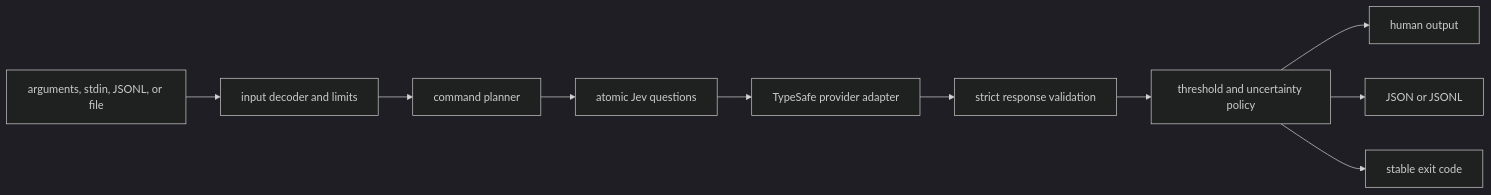
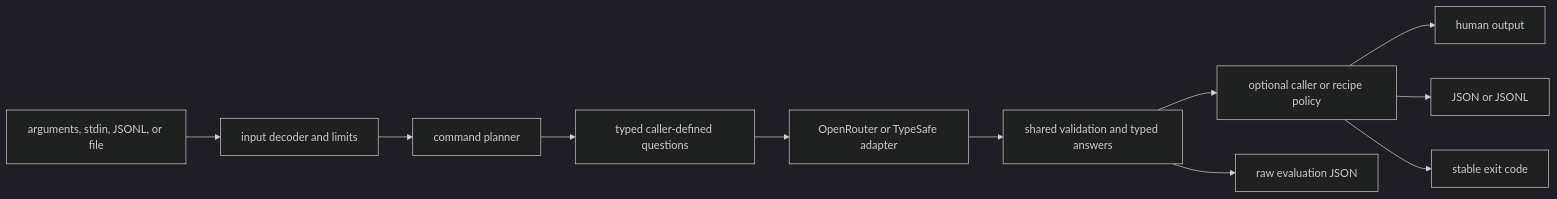
Before and after one commit to joaohnp/semdecide: the first of 2 diagrams in docs/architecture.md, drawn with Mermaid (dark theme). The commit also changed other lines of this file, not shown here.

First line of the commit message:
docs(architecture): separate primitive evaluation from recipe policy

````diff
--- a/docs/architecture.md
+++ b/docs/architecture.md
@@ -9,12 +9,13 @@
 ```mermaid
 flowchart LR
   A[arguments, stdin, JSONL, or file] --> B[input decoder and limits]
   B --> C[command planner]
-  C --> D[atomic Jev questions]
-  D --> E[TypeSafe provider adapter]
-  E --> F[strict response validation]
-  F --> G[threshold and uncertainty policy]
+  C --> D[typed caller-defined questions]
+  D --> E[OpenRouter or TypeSafe adapter]
+  E --> F[shared validation and typed answers]
+  F --> G[optional caller or recipe policy]
+  F --> K[raw evaluation JSON]
   G --> H[human output]
   G --> I[JSON or JSONL]
   G --> J[stable exit code]
 ```
````
